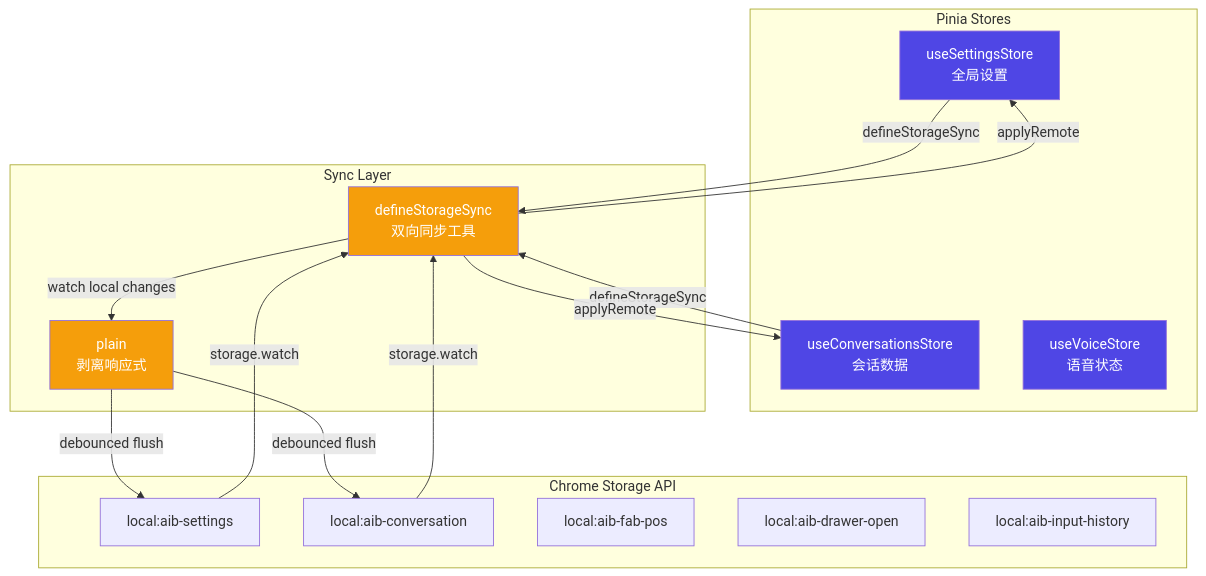
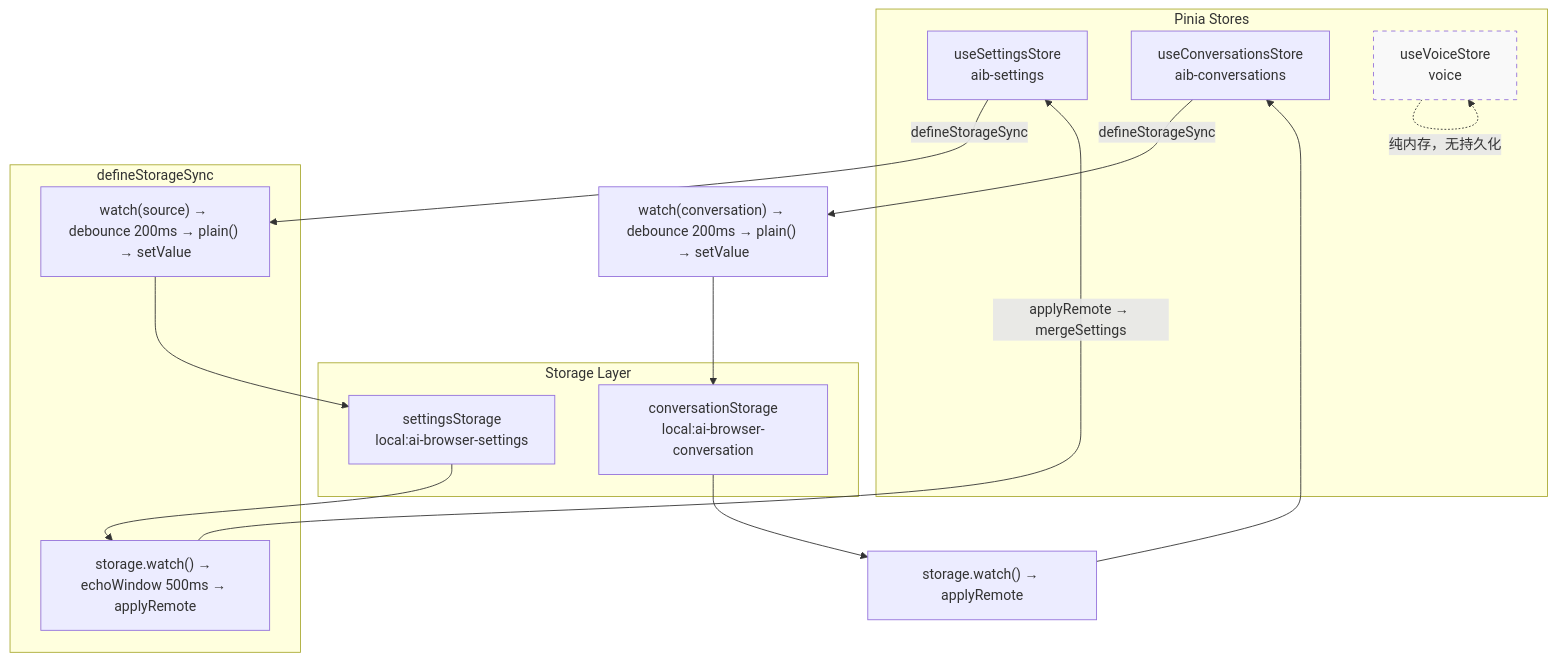
The first of 7 diagrams in docs/architecture/state-management.md (zw123zw/ai-browser), drawn with Mermaid before and after one commit. The commit also changed other lines of this file and 42 other files, not shown here.

````diff
--- a/docs/architecture/state-management.md
+++ b/docs/architecture/state-management.md
@@ -9,37 +7,32 @@
 ```mermaid
 graph TB
-    subgraph Pinia Stores
-        S[useSettingsStore<br/>全局设置]
-        C[useConversationsStore<br/>会话数据]
-        V[useVoiceStore<br/>语音状态]
+    subgraph "Pinia Stores"
+        SS["useSettingsStore<br/>aib-settings"]
+        CS["useConversationsStore<br/>aib-conversations"]
+        VS["useVoiceStore<br/>voice"]
     end
 
-    subgraph Sync Layer
-        SS[defineStorageSync<br/>双向同步工具]
-        PL[plain<br/>剥离响应式]
+    subgraph "Storage Layer"
+        SS_Item["settingsStorage<br/>local:ai-browser-settings"]
+        CS_Item["conversationStorage<br/>local:ai-browser-conversation"]
     end
 
-    subgraph Chrome Storage API
-        CS1[local:aib-settings]
-        CS2[local:aib-conversation]
-        CS3[local:aib-fab-pos]
-        CS4[local:aib-drawer-open]
-        CS5[local:aib-input-history]
+    subgraph "defineStorageSync"
+        DS["watch(source) → debounce 200ms → plain() → setValue"]
+        WS["storage.watch() → echoWindow 500ms → applyRemote"]
     end
 
-    S -->|defineStorageSync| SS
-    C -->|defineStorageSync| SS
-    SS -->|watch local changes| PL
-    PL -->|debounced flush| CS1
-    PL -->|debounced flush| CS2
-    CS1 -->|storage.watch| SS
-    CS2 -->|storage.watch| SS
-    SS -->|applyRemote| S
-    SS -->|applyRemote| C
+    SS -->|"defineStorageSync"| DS
+    DS --> SS_Item
+    SS_Item --> WS
+    WS -->|"applyRemote → mergeSettings"| SS
 
-    style S fill:#4f46e5,color:#fff
-    style C fill:#4f46e5,color:#fff
-    style V fill:#4f46e5,color:#fff
-    style SS fill:#f59e0b,color:#fff
-    style PL fill:#f59e0b,color:#fff
+    CS -->|"defineStorageSync"| DS2["watch(conversation) → debounce 200ms → plain() → setValue"]
+    DS2 --> CS_Item
+    CS_Item --> WS2["storage.watch() → applyRemote"]
+    WS2 --> CS
+
+    VS -.->|"纯内存，无持久化"| VS
+
+    style VS fill:#f9f9f9,stroke-dasharray: 5 5
 ```
````
